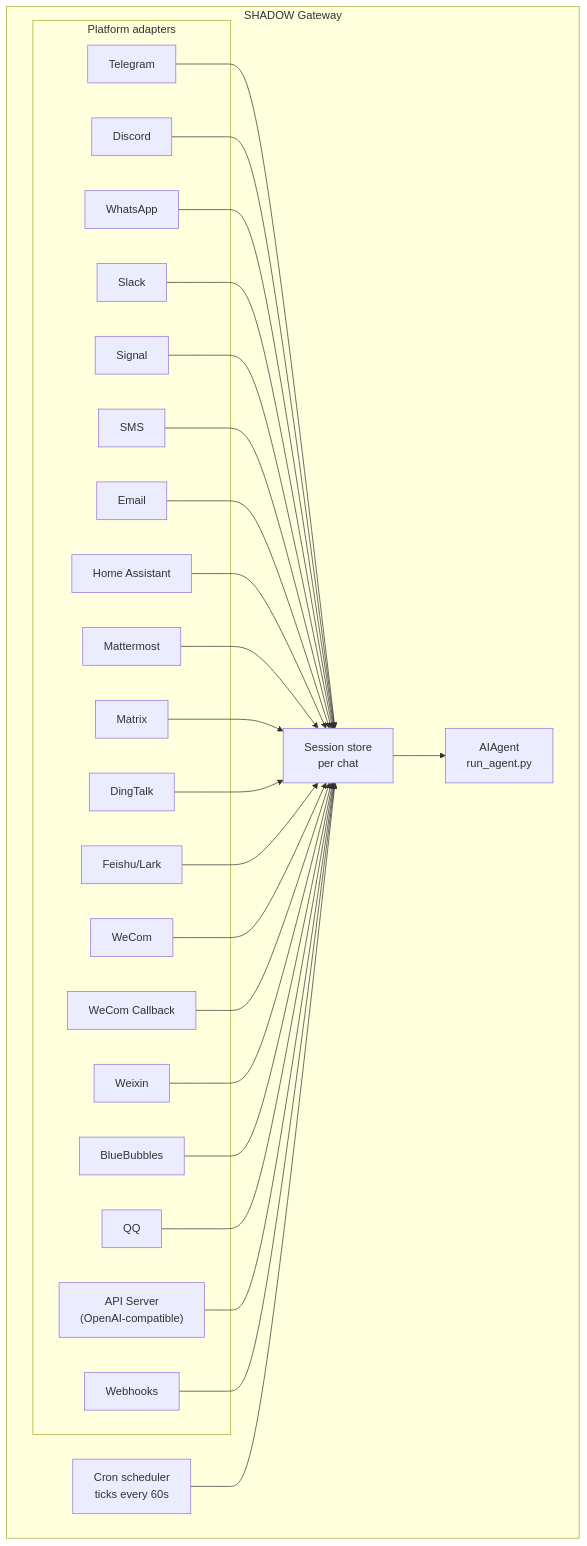
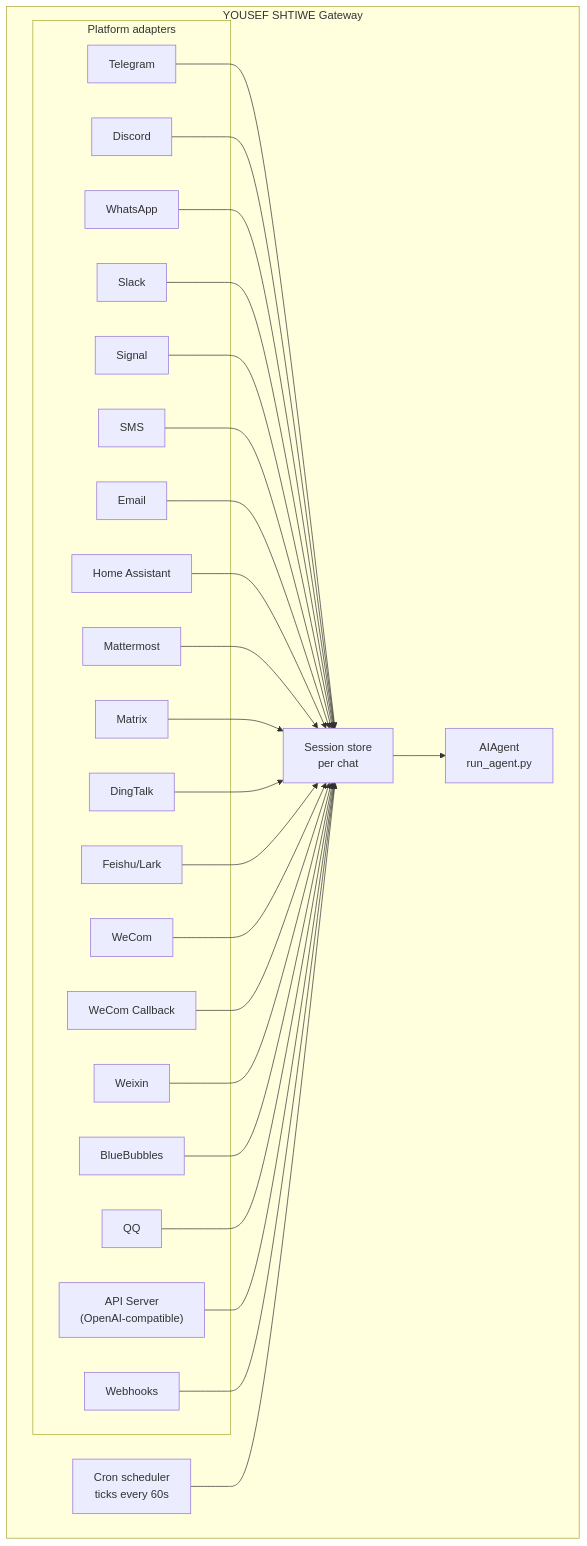
The diagram in website/docs/user-guide/messaging/index.md (sadadonline17-oss/yousef-shtiwe-worm-v2), drawn with Mermaid before and after one commit. The commit also changed other lines of this file and 1185 other files, not shown here.

````diff
--- a/website/docs/user-guide/messaging/index.md
+++ b/website/docs/user-guide/messaging/index.md
@@ -39,52 +39,52 @@
 ```mermaid
 flowchart TB
-    subgraph Gateway["SHADOW Gateway"]
+    subgraph Gateway["YOUSEF SHTIWE Gateway"]
         subgraph Adapters["Platform adapters"]
             tg[Telegram]
             dc[Discord]
             wa[WhatsApp]
             sl[Slack]
             sig[Signal]
             sms[SMS]
             em[Email]
             ha[Home Assistant]
             mm[Mattermost]
             mx[Matrix]
             dt[DingTalk]
     fs[Feishu/Lark]
     wc[WeCom]
     wcb[WeCom Callback]
     wx[Weixin]
     bb[BlueBubbles]
     qq[QQ]
             api["API Server<br/>(OpenAI-compatible)"]
             wh[Webhooks]
         end
 
         store["Session store<br/>per chat"]
         agent["AIAgent<br/>run_agent.py"]
         cron["Cron scheduler<br/>ticks every 60s"]
     end
 
     tg --> store
     dc --> store
     wa --> store
     sl --> store
     sig --> store
     sms --> store
     em --> store
     ha --> store
     mm --> store
     mx --> store
     dt --> store
     fs --> store
     wc --> store
     wcb --> store
     wx --> store
     bb --> store
     qq --> store
     api --> store
     wh --> store
     store --> agent
     cron --> store
 ```
````
